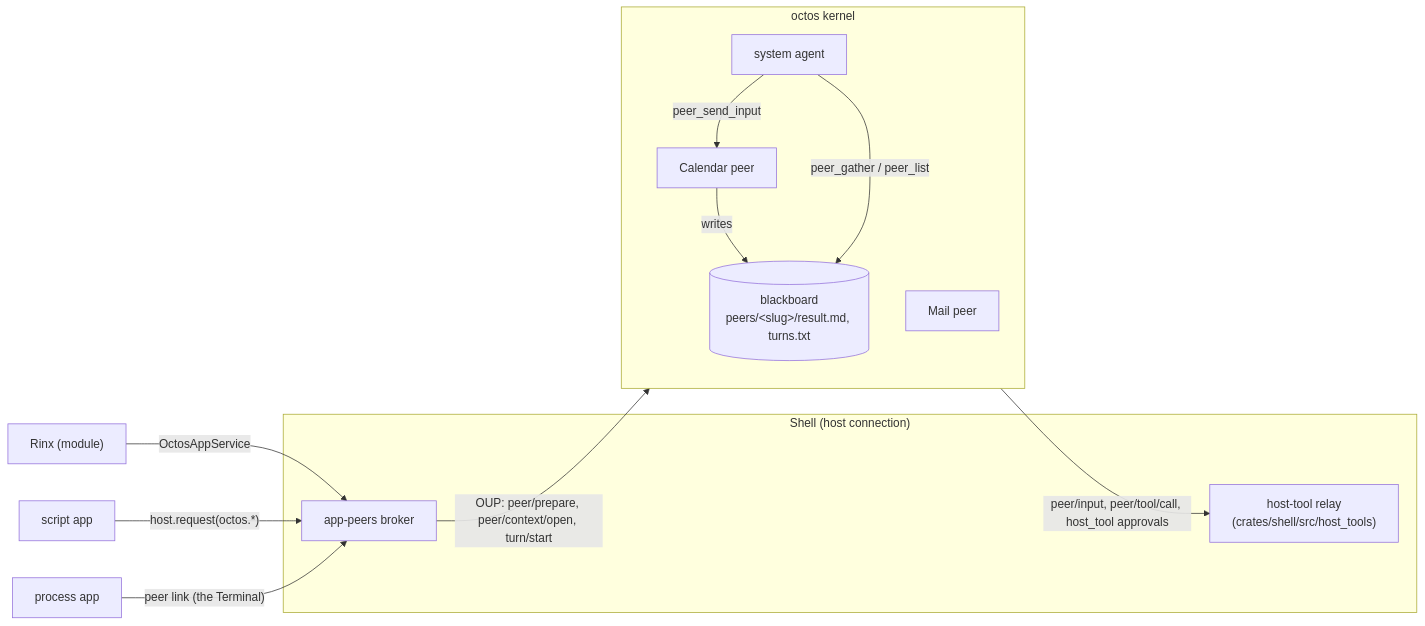
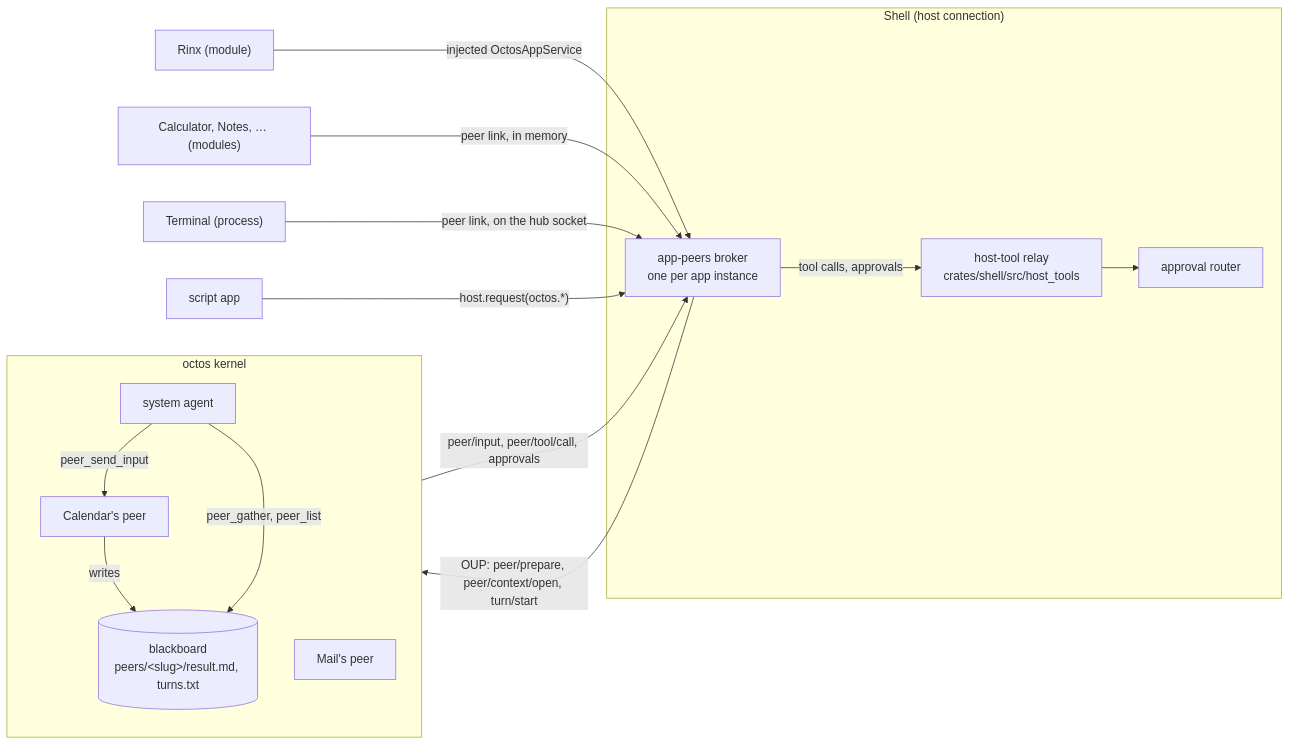
One commit to OctoSense-org/OctoSense changed the third of 5 diagrams in docs/architecture.md. Above: the diagram before and after it, drawn with Mermaid. The commit also changed other lines of this file and 12 other files, not shown here.

````diff
--- a/docs/architecture.md
+++ b/docs/architecture.md
@@ -203,21 +196,25 @@
 ```mermaid
 flowchart LR
   subgraph shell["Shell (host connection)"]
-    broker["app-peers broker"]
-    relay["host-tool relay<br/>(crates/shell/src/host_tools)"]
+    broker["app-peers broker<br/>one per app instance"]
+    relay["host-tool relay<br/>crates/shell/src/host_tools"]
+    router["approval router"]
   end
   subgraph kernel["octos kernel"]
     sys["system agent"]
-    p1["Calendar peer"]
-    p2["Mail peer"]
+    p1["Calendar's peer"]
+    p2["Mail's peer"]
     bb[("blackboard<br/>peers/&lt;slug&gt;/result.md, turns.txt")]
   end
-  rinx["Rinx (module)"] -- "OctosAppService" --> broker
+  rinx["Rinx (module)"] -- "injected OctosAppService" --> broker
+  mods["Calculator, Notes, … (modules)"] -- "peer link, in memory" --> broker
+  proc["Terminal (process)"] -- "peer link, on the hub socket" --> broker
   card["script app"] -- "host.request(octos.*)" --> broker
-  proc["process app"] -- "peer link (the Terminal)" --> broker
   broker -- "OUP: peer/prepare, peer/context/open, turn/start" --> kernel
   sys -- "peer_send_input" --> p1
+  kernel -- "peer/input, peer/tool/call, approvals" --> broker
+  broker -- "tool calls, approvals" --> relay
+  relay --> router
   p1 -- "writes" --> bb
-  sys -- "peer_gather / peer_list" --> bb
-  kernel -- "peer/input, peer/tool/call, host_tool approvals" --> relay
+  sys -- "peer_gather, peer_list" --> bb
 ```
````
